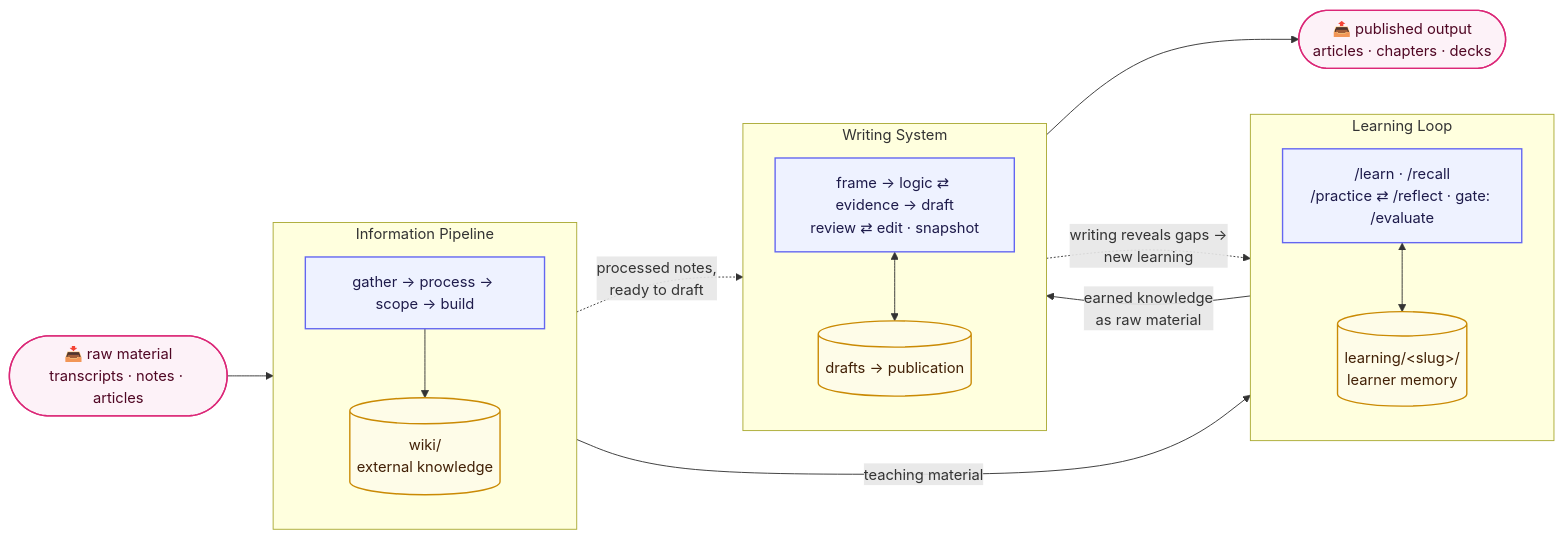
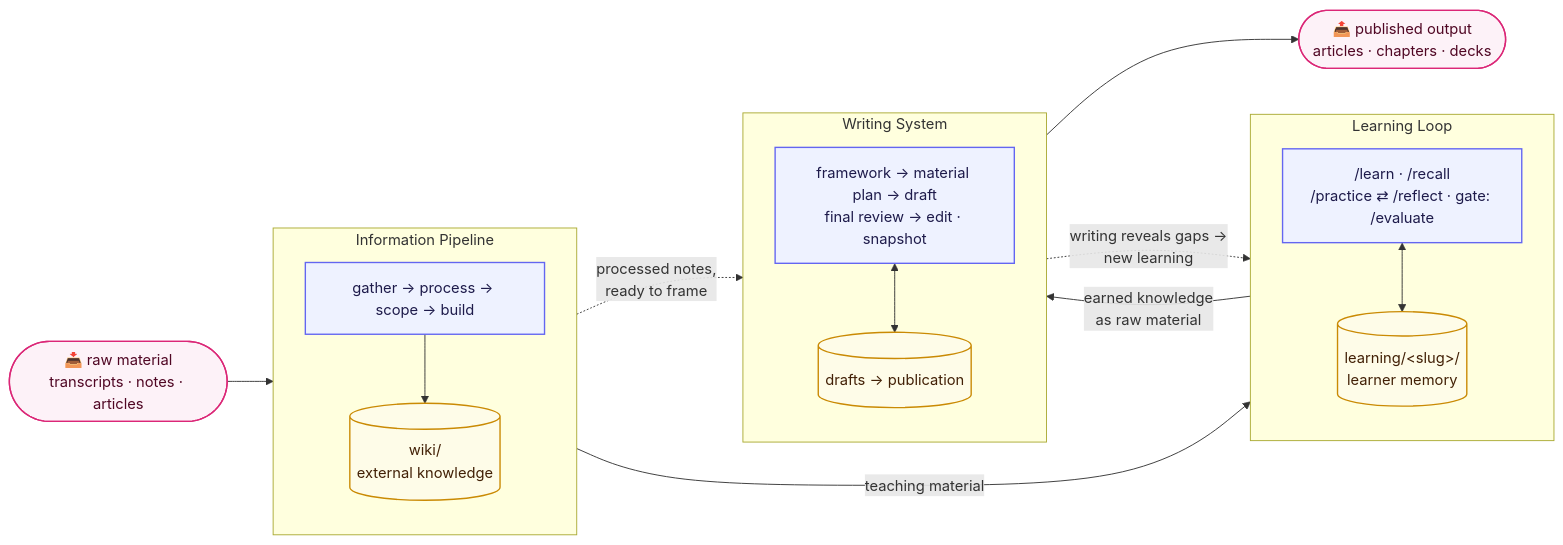
The diagram in README.md (XinheLIU/Learning-OS), drawn with Mermaid before and after one commit. The commit also changed other lines of this file and 84 other files, not shown here.

First line of the commit message:
feat(writing): establish framework-first analytical workflow

````diff
--- a/README.md
+++ b/README.md
@@ -40,40 +40,40 @@
 ```mermaid
 flowchart LR
     raw(["📥 raw material<br/>transcripts · notes · articles"])
     published(["📤 published output<br/>articles · chapters · decks"])
 
     subgraph pipeline["Information Pipeline"]
         direction TB
         stages["gather → process → scope → build"]
         wiki[("wiki/<br/>external knowledge")]
         stages --> wiki
     end
 
     subgraph learning["Learning Loop"]
         direction TB
         loop["/learn · /recall<br/>/practice ⇄ /reflect · gate: /evaluate"]
         memory[("learning/&lt;slug&gt;/<br/>learner memory")]
         loop <--> memory
     end
 
     subgraph writing["Writing System"]
         direction TB
-        write["frame → logic ⇄ evidence → draft<br/>review ⇄ edit · snapshot"]
+        write["framework → material plan → draft<br/>final review → edit · snapshot"]
         drafts[("drafts → publication")]
         write <--> drafts
     end
 
     raw --> pipeline
     wiki -- "teaching material" --> learning
-    pipeline -. "processed notes,<br/>ready to draft" .-> writing
+    pipeline -. "processed notes,<br/>ready to frame" .-> writing
     memory -- "earned knowledge<br/>as raw material" --> writing
     writing -. "writing reveals gaps →<br/>new learning" .-> learning
     writing --> published
 
     classDef sys fill:#eef2ff,stroke:#6366f1,stroke-width:1.5px,color:#1e1b4b
     classDef store fill:#fefce8,stroke:#ca8a04,stroke-width:1.5px,color:#422006
     classDef entry fill:#fdf2f8,stroke:#db2777,stroke-width:1.5px,color:#500724
     class stages,loop,write sys
     class wiki,memory,drafts store
     class raw,published entry
 ```
````
